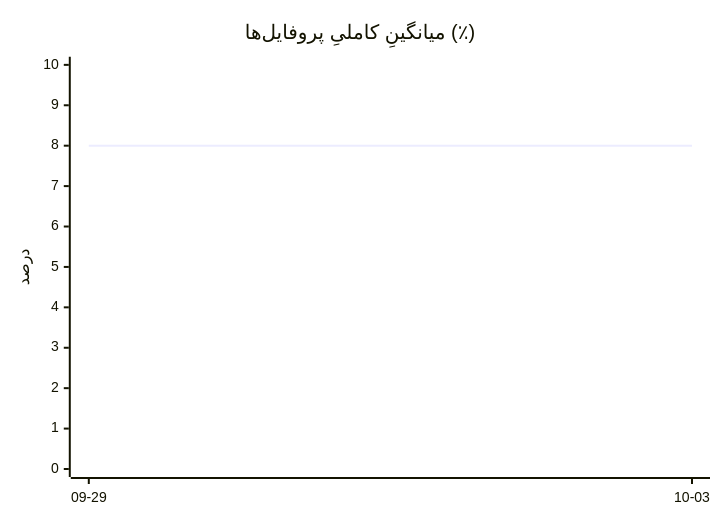
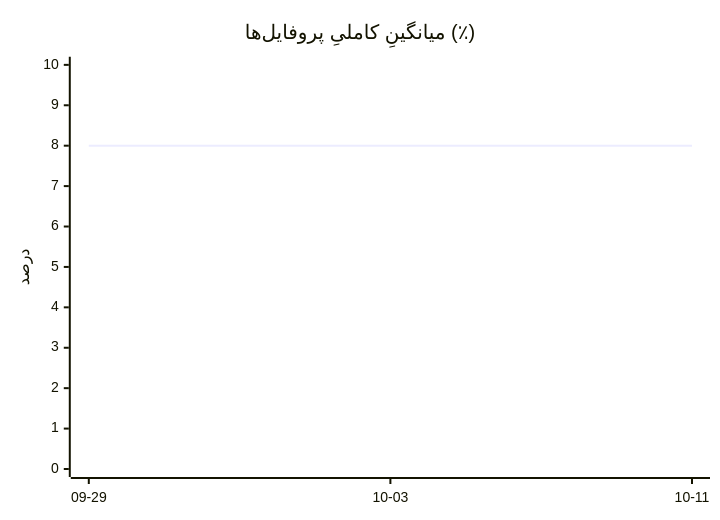
The sixth of 7 diagrams in docs/supervisor/HANDBOOK.md (mahdighandi1989/ALLIN1), drawn with Mermaid before and after one commit. The commit also changed other lines of this file and 8 other files, not shown here.

````diff
--- a/docs/supervisor/HANDBOOK.md
+++ b/docs/supervisor/HANDBOOK.md
@@ -98,7 +98,7 @@
 ```mermaid
 xychart-beta
     title "میانگینِ کاملیِ پروفایل‌ها (٪)"
-    x-axis ["09-29", "10-03"]
+    x-axis ["09-29", "10-03", "10-11"]
     y-axis "درصد" 0 --> 10
-    line [8, 8]
+    line [8, 8, 8]
 ```
````
